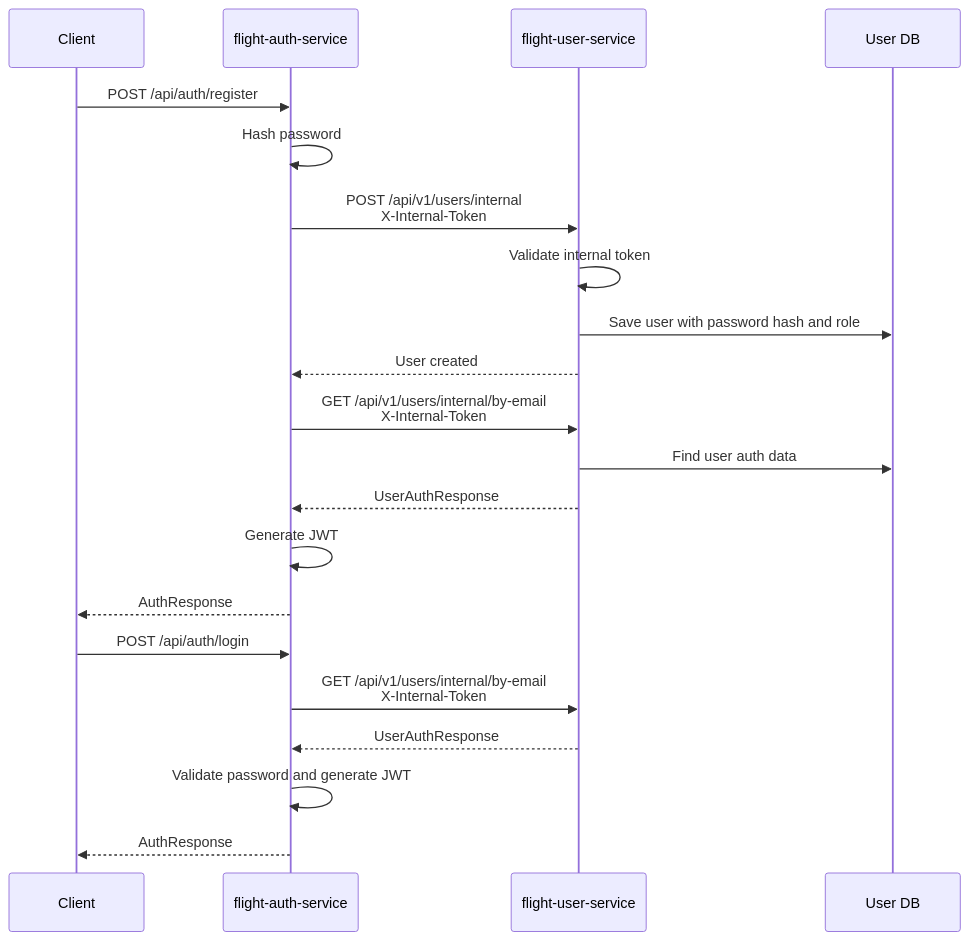
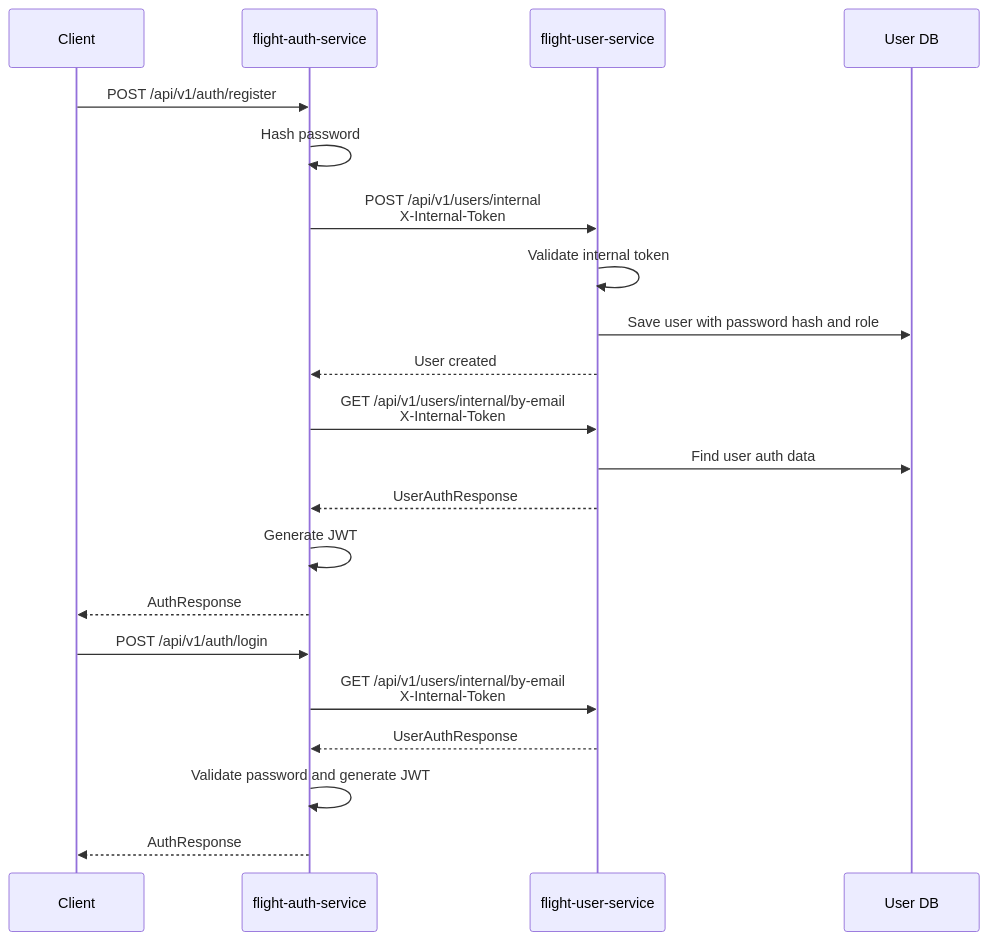
Before and after one commit to anashatem46/flight-system: the second of 3 diagrams in readme.md, drawn with Mermaid. The commit also changed 8 other files, not shown here.

````diff
--- a/readme.md
+++ b/readme.md
@@ -75,25 +75,25 @@
 ```mermaid
 sequenceDiagram
     participant Client
     participant Auth as flight-auth-service
     participant User as flight-user-service
     participant UserDb as User DB
 
-    Client->>Auth: POST /api/auth/register
+    Client->>Auth: POST /api/v1/auth/register
     Auth->>Auth: Hash password
     Auth->>User: POST /api/v1/users/internal<br/>X-Internal-Token
     User->>User: Validate internal token
     User->>UserDb: Save user with password hash and role
     User-->>Auth: User created
     Auth->>User: GET /api/v1/users/internal/by-email<br/>X-Internal-Token
     User->>UserDb: Find user auth data
     User-->>Auth: UserAuthResponse
     Auth->>Auth: Generate JWT
     Auth-->>Client: AuthResponse
 
-    Client->>Auth: POST /api/auth/login
+    Client->>Auth: POST /api/v1/auth/login
     Auth->>User: GET /api/v1/users/internal/by-email<br/>X-Internal-Token
     User-->>Auth: UserAuthResponse
     Auth->>Auth: Validate password and generate JWT
     Auth-->>Client: AuthResponse
 ```
````
